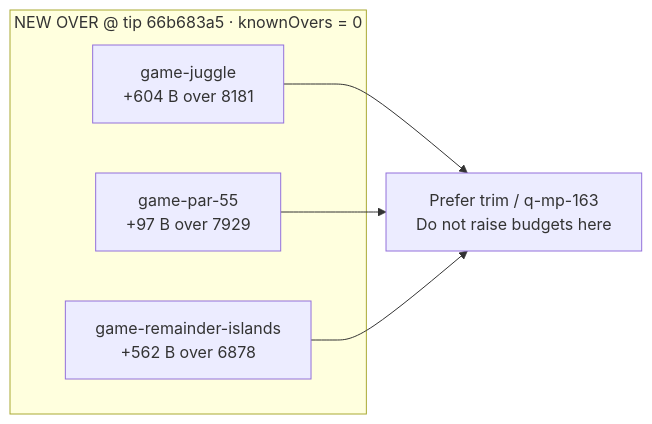
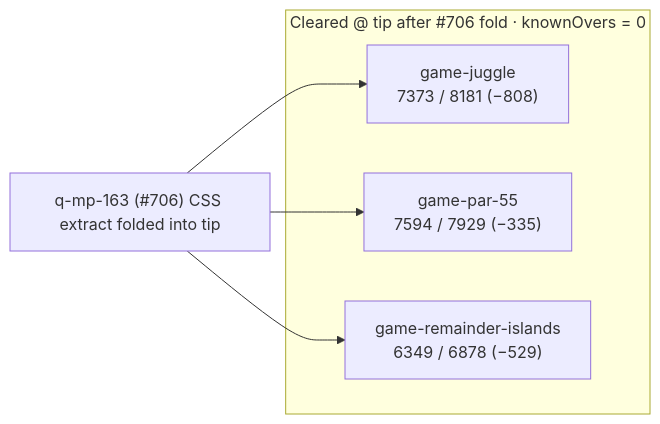
The second of 2 diagrams in docs/dev/bundle-over-2026-10-09.md (fuzzywigg/math-pentathlon), drawn with Mermaid before and after one commit. The commit also changed other lines of this file and 58 other files, not shown here.

First line of the commit message:
q-mp-026f: tip fold onto cursor/mp-tip-post709 (#728)

````diff
--- a/docs/dev/bundle-over-2026-10-09.md
+++ b/docs/dev/bundle-over-2026-10-09.md
@@ -76,12 +88,12 @@
 ```mermaid
 flowchart LR
-  subgraph newOver ["NEW OVER @ tip 66b683a5 · knownOvers = 0"]
-    J["game-juggle<br/>+604 B over 8181"]
-    P["game-par-55<br/>+97 B over 7929"]
-    R["game-remainder-islands<br/>+562 B over 6878"]
+  subgraph cleared ["Cleared @ tip after #706 fold · knownOvers = 0"]
+    J["game-juggle<br/>7373 / 8181 (−808)"]
+    P["game-par-55<br/>7594 / 7929 (−335)"]
+    R["game-remainder-islands<br/>6349 / 6878 (−529)"]
   end
-  Trim["Prefer trim / q-mp-163<br/>Do not raise budgets here"]
-  J --> Trim
-  P --> Trim
-  R --> Trim
+  Trim["q-mp-163 (#706) CSS extract folded into tip"]
+  Trim --> J
+  Trim --> P
+  Trim --> R
 ```
````
